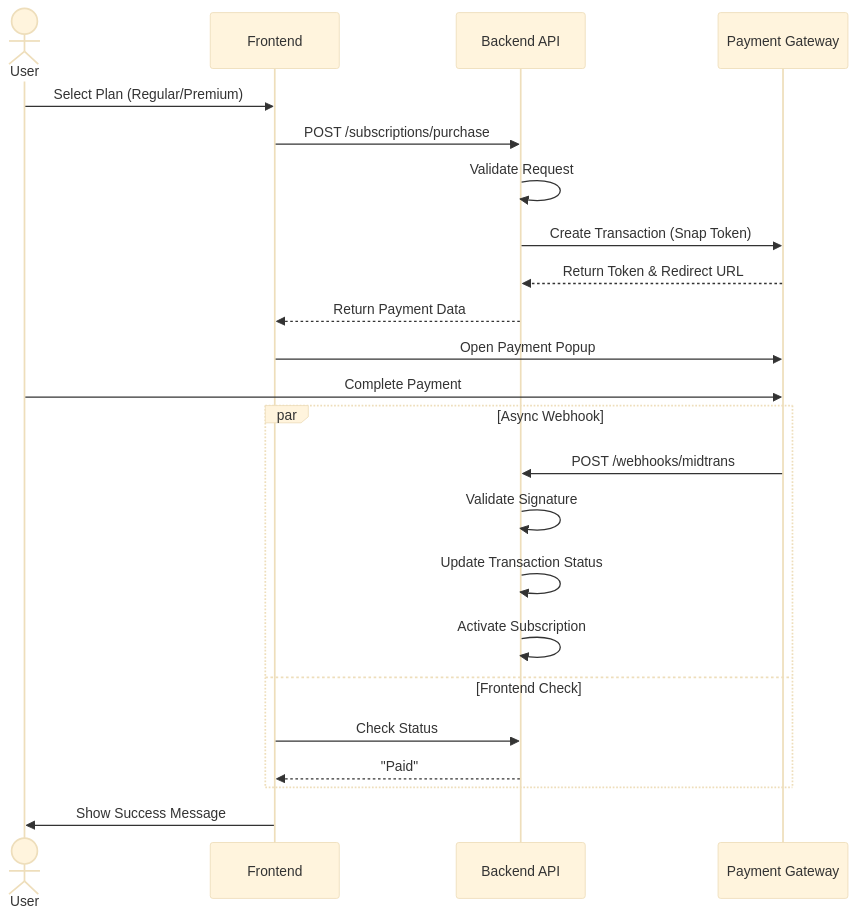
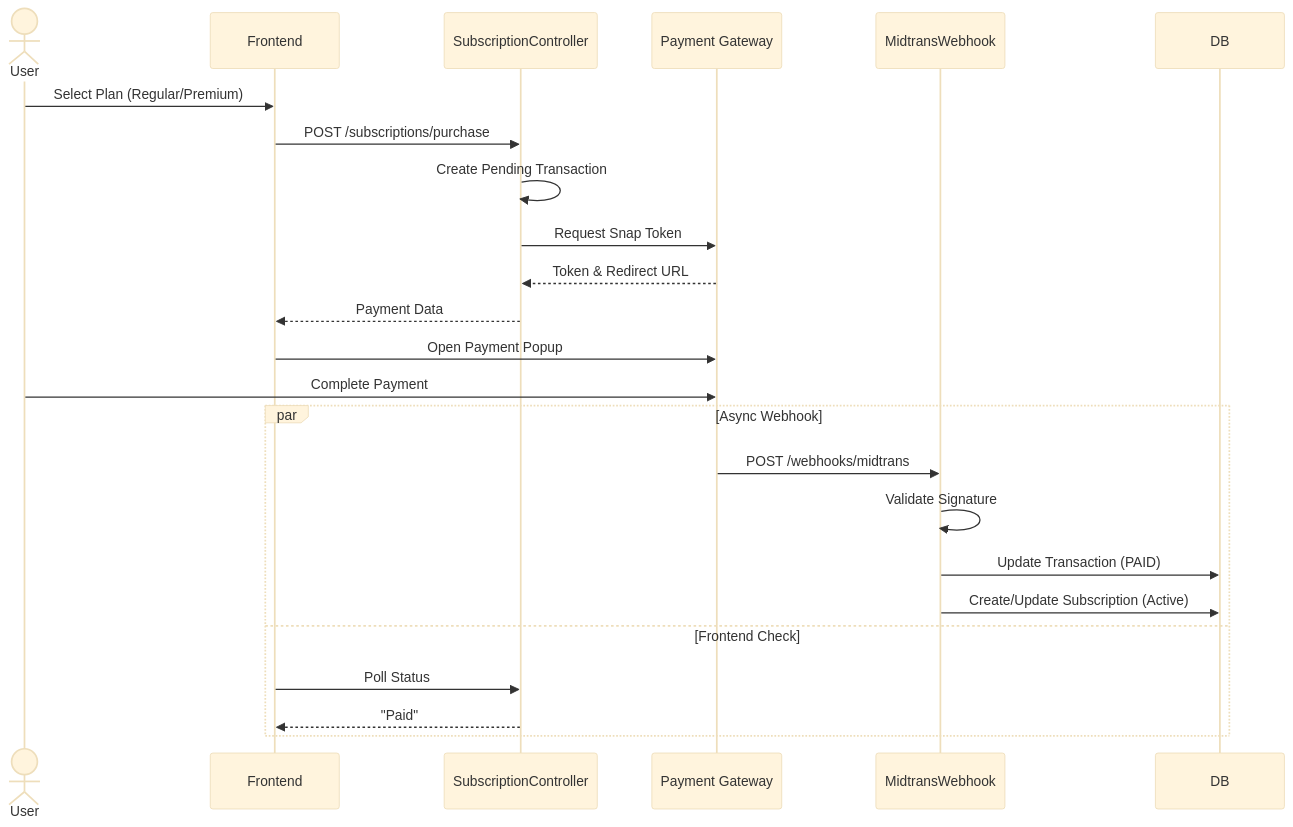
Before and after one commit to 23081010076-oss/backend: the fifth of 8 diagrams in APP_FLOWS.md, drawn with Mermaid (base theme). The commit also changed other lines of this file, not shown here.

Commit message:
docs: Expand application flows documentation by adding new sections for portfolio, course management, articles, and corporate services, and enhancing details of existing flows.

````diff
--- a/APP_FLOWS.md
+++ b/APP_FLOWS.md
@@ -90,29 +150,28 @@
 ```mermaid
 sequenceDiagram
     actor User
     participant FE as Frontend
-    participant API as Backend API
+    participant Sub as SubscriptionController
     participant Midtrans as Payment Gateway
+    participant Webhook as MidtransWebhook
 
     User->>FE: Select Plan (Regular/Premium)
-    FE->>API: POST /subscriptions/purchase
-    API->>API: Validate Request
-    API->>Midtrans: Create Transaction (Snap Token)
-    Midtrans-->>API: Return Token & Redirect URL
-    API-->>FE: Return Payment Data
+    FE->>Sub: POST /subscriptions/purchase
+    Sub->>Sub: Create Pending Transaction
+    Sub->>Midtrans: Request Snap Token
+    Midtrans-->>Sub: Token & Redirect URL
+    Sub-->>FE: Payment Data
     
     FE->>Midtrans: Open Payment Popup
     User->>Midtrans: Complete Payment
     
     par Async Webhook
-        Midtrans->>API: POST /webhooks/midtrans
-        API->>API: Validate Signature
-        API->>API: Update Transaction Status
-        API->>API: Activate Subscription
+        Midtrans->>Webhook: POST /webhooks/midtrans
+        Webhook->>Webhook: Validate Signature
+        Webhook->>DB: Update Transaction (PAID)
+        Webhook->>DB: Create/Update Subscription (Active)
     and Frontend Check
-        FE->>API: Check Status
-        API-->>FE: "Paid"
+        FE->>Sub: Poll Status
+        Sub-->>FE: "Paid"
     end
-    
-    FE->>User: Show Success Message
 ```
````
